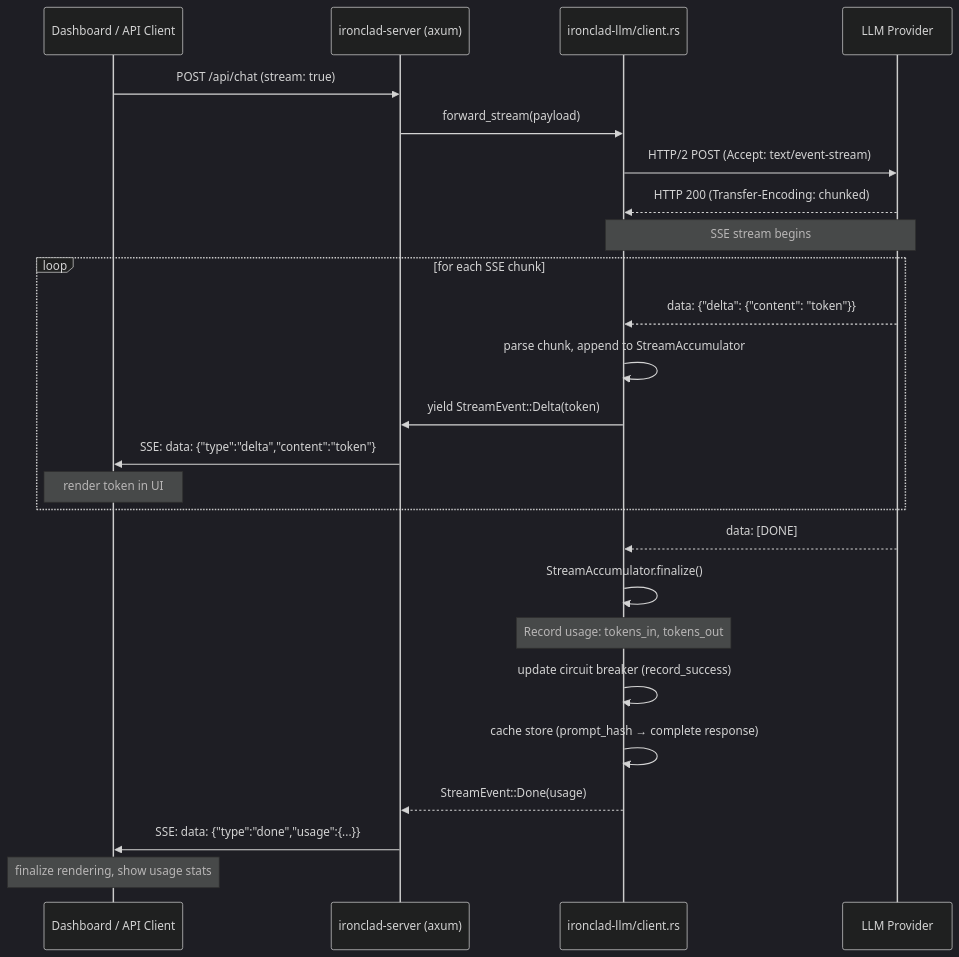
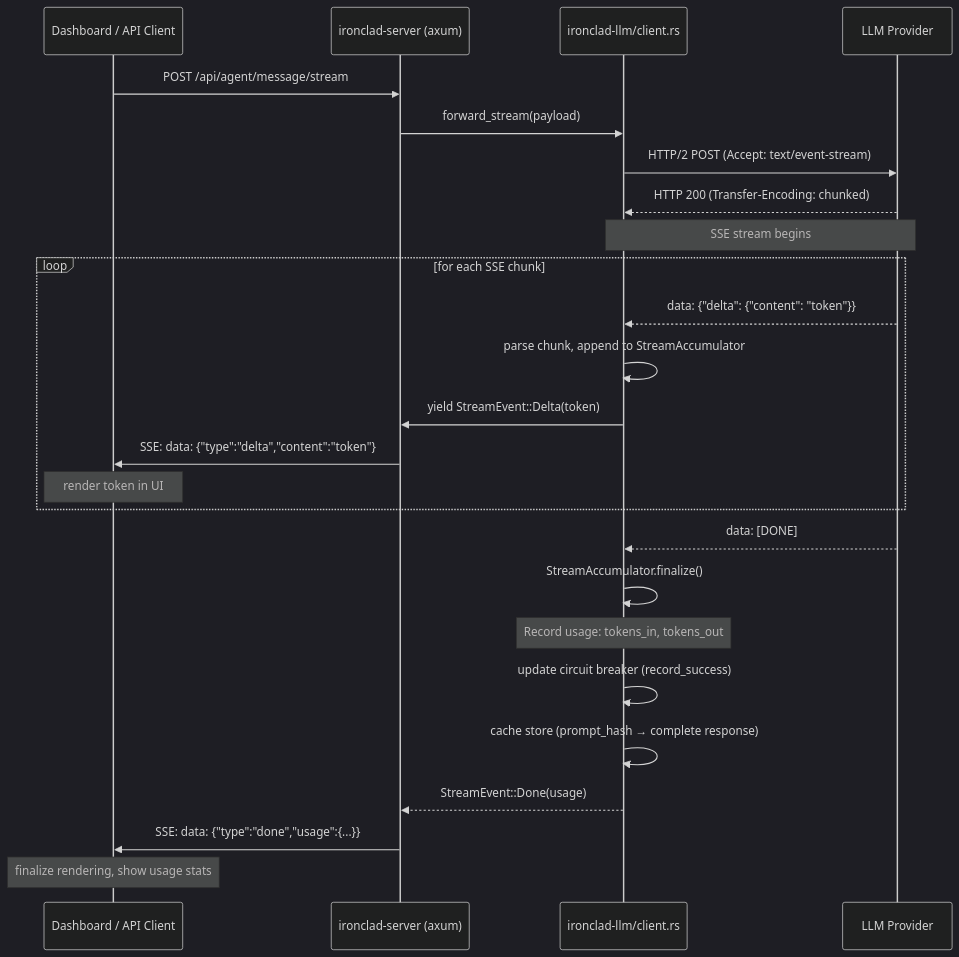
The ninth of 13 diagrams in docs/architecture/ironclad-sequences.md (robot-accomplice/ironclad), drawn with Mermaid (dark theme) before and after one commit. The commit also changed other lines of this file and 16 other files, not shown here.

First line of the commit message:
docs: remediate architecture drift — update all diagrams to v0.8.0

````diff
--- a/docs/architecture/ironclad-sequences.md
+++ b/docs/architecture/ironclad-sequences.md
@@ -652,31 +650,31 @@
 ```mermaid
 sequenceDiagram
     participant Client as Dashboard / API Client
     participant Server as ironclad-server (axum)
     participant LLM as ironclad-llm/client.rs
     participant Provider as LLM Provider
 
-    Client->>Server: POST /api/chat (stream: true)
+    Client->>Server: POST /api/agent/message/stream
     Server->>LLM: forward_stream(payload)
     LLM->>Provider: HTTP/2 POST (Accept: text/event-stream)
     Provider-->>LLM: HTTP 200 (Transfer-Encoding: chunked)
 
     Note over LLM,Provider: SSE stream begins
 
     loop for each SSE chunk
         Provider-->>LLM: data: {"delta": {"content": "token"}}
         LLM->>LLM: parse chunk, append to StreamAccumulator
         LLM->>Server: yield StreamEvent::Delta(token)
         Server->>Client: SSE: data: {"type":"delta","content":"token"}
         Note over Client: render token in UI
     end
 
     Provider-->>LLM: data: [DONE]
     LLM->>LLM: StreamAccumulator.finalize()
     Note over LLM: Record usage: tokens_in, tokens_out
     LLM->>LLM: update circuit breaker (record_success)
     LLM->>LLM: cache store (prompt_hash → complete response)
     LLM-->>Server: StreamEvent::Done(usage)
     Server->>Client: SSE: data: {"type":"done","usage":{...}}
     Note over Client: finalize rendering, show usage stats
 ```
````
